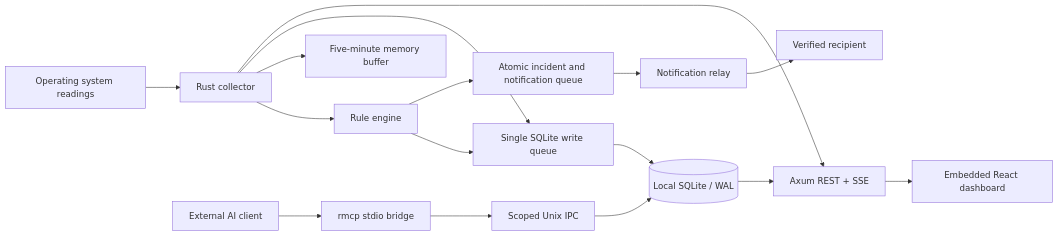
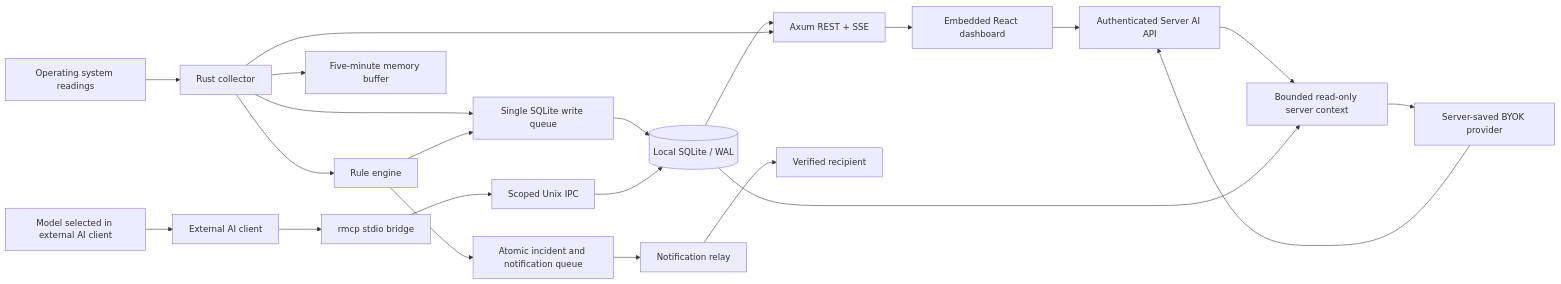
One commit to SpeakQuery/metric-owl changed the diagram in docs/ARCHITECTURE.md. Above: the diagram before and after it, drawn with Mermaid. The commit also changed other lines of this file and 91 other files, not shown here.

````diff
--- a/docs/ARCHITECTURE.md
+++ b/docs/ARCHITECTURE.md
@@ -3,18 +3,24 @@
 ```mermaid
 flowchart LR
   OS[Operating system readings] --> C[Rust collector]
   C --> R[Rule engine]
   C --> B[Five-minute memory buffer]
   C --> Q[Single SQLite write queue]
   R --> Q
   Q --> DB[(Local SQLite / WAL)]
   DB --> API[Axum REST + SSE]
   C --> API
   API --> UI[Embedded React dashboard]
   R --> O[Atomic incident and notification queue]
   O --> Relay[Notification relay]
   Relay --> Mail[Verified recipient]
   Agent[External AI client] --> MCP[rmcp stdio bridge]
   MCP --> IPC[Scoped Unix IPC]
   IPC --> DB
+  UI --> Chat[Authenticated Server AI API]
+  Chat --> Evidence[Bounded read-only server context]
+  DB --> Evidence
+  Evidence --> Provider[Server-saved BYOK provider]
+  Provider --> Chat
+  ClientModel[Model selected in external AI client] --> Agent
 ```
````
